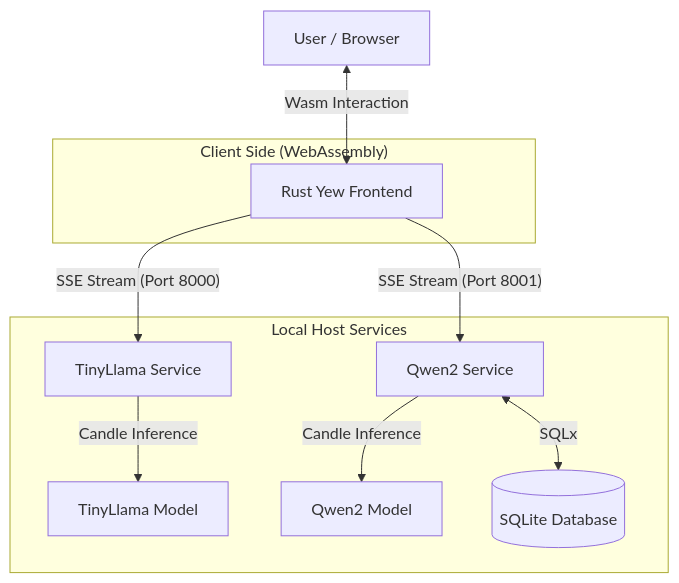
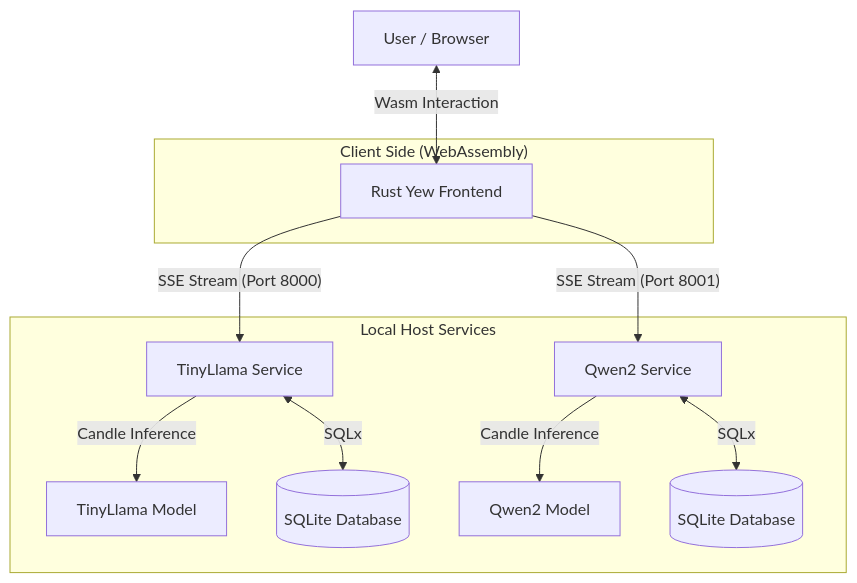
The first of 2 diagrams in README.md (MorningMartin111/1724project), drawn with Mermaid before and after one commit. The commit also changed other lines of this file, not shown here.

````diff
--- a/README.md
+++ b/README.md
@@ -32,17 +34,19 @@
 ```mermaid
 graph TD
     User[User / Browser] <-->|Wasm Interaction| Frontend[Rust Yew Frontend]
     
     subgraph "Client Side (WebAssembly)"
         Frontend
     end
 
     subgraph "Local Host Services"
         Frontend --"SSE Stream (Port 8000)"--> Backend1[TinyLlama Service]
         Frontend --"SSE Stream (Port 8001)"--> Backend2[Qwen2 Service]
         
         Backend1 --"Candle Inference"--> Model1[TinyLlama Model]
+        Backend1 <--"SQLx"--> DB1[(SQLite Database)]
         Backend2 --"Candle Inference"--> Model2[Qwen2 Model]
-        Backend2 <--"SQLx"--> DB[(SQLite Database)]
+        Backend2 <--"SQLx"--> DB2[(SQLite Database)]
+        
     end
 ```
````
